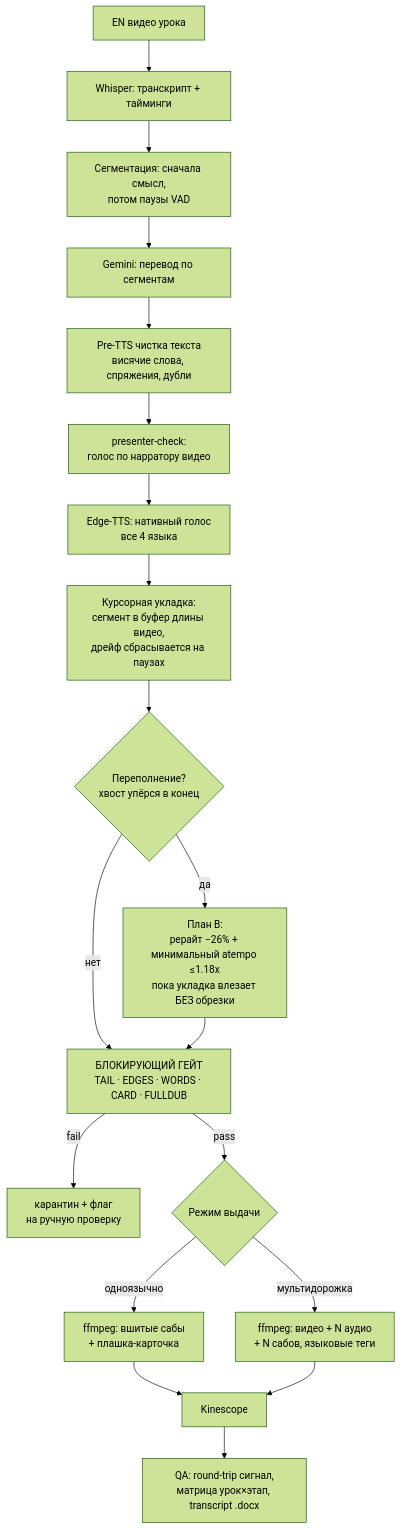
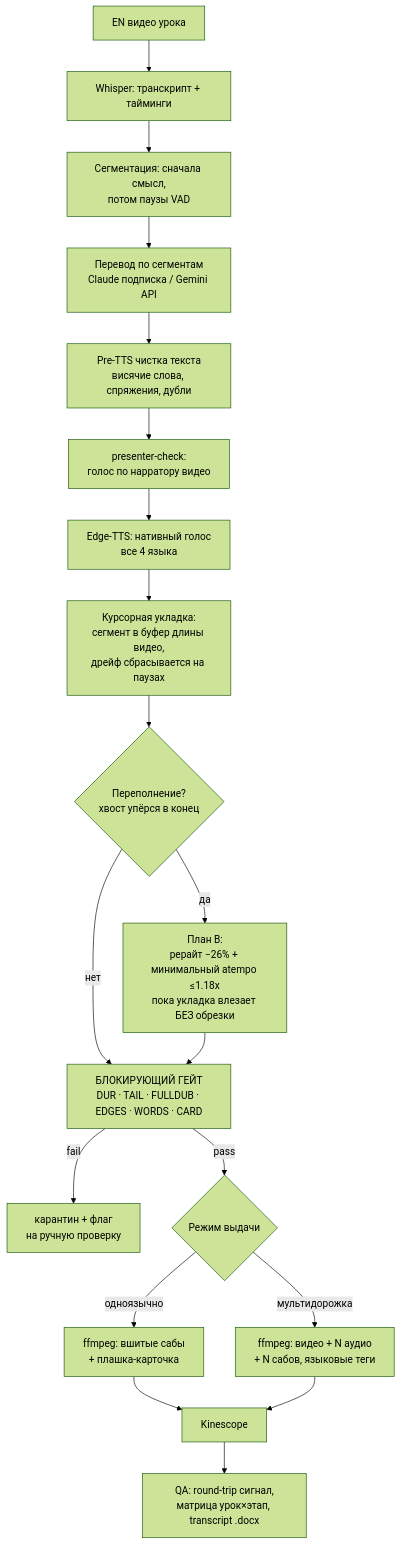
One commit to olgageliskhanova/automation-cases changed the diagram in 08-course-dubbing/README.md. Above: the diagram before and after it, drawn with Mermaid (forest theme). The commit also changed other lines of this file, not shown here.

Commit message:
08-course-dubbing: две схемы запуска (подписка Claude / Gemini API), Pro thinking-кэп 256, Groq QA + фолбэк, полный контур контроля качества

````diff
--- a/08-course-dubbing/README.md
+++ b/08-course-dubbing/README.md
@@ -34,21 +35,21 @@
 ```mermaid
 flowchart TB
   SRC[EN видео урока] --> ASR[Whisper: транскрипт + тайминги]
   ASR --> SEG[Сегментация: сначала смысл,<br/>потом паузы VAD]
-  SEG --> TR[Gemini: перевод по сегментам]
+  SEG --> TR[Перевод по сегментам<br/>Claude подписка / Gemini API]
   TR --> CLEAN[Pre-TTS чистка текста<br/>висячие слова, спряжения, дубли]
   CLEAN --> VOICE[presenter-check:<br/>голос по нарратору видео]
   VOICE --> TTS[Edge-TTS: нативный голос<br/>все 4 языка]
   TTS --> CURSOR[Курсорная укладка:<br/>сегмент в буфер длины видео,<br/>дрейф сбрасывается на паузах]
   CURSOR --> OVF{Переполнение?<br/>хвост упёрся в конец}
   OVF -->|да| PLANB[План B:<br/>рерайт −26% + минимальный atempo ≤1.18x<br/>пока укладка влезает БЕЗ обрезки]
   OVF -->|нет| GATE
-  PLANB --> GATE[БЛОКИРУЮЩИЙ ГЕЙТ<br/>TAIL · EDGES · WORDS · CARD · FULLDUB]
+  PLANB --> GATE[БЛОКИРУЮЩИЙ ГЕЙТ<br/>DUR · TAIL · FULLDUB · EDGES · WORDS · CARD]
   GATE -->|fail| QUAR[карантин + флаг<br/>на ручную проверку]
   GATE -->|pass| OUT{Режим выдачи}
   OUT -->|одноязычно| BURN[ffmpeg: вшитые сабы<br/>+ плашка-карточка]
   OUT -->|мультидорожка| MUX[ffmpeg: видео + N аудио<br/>+ N сабов, языковые теги]
   BURN --> KIN[Kinescope]
   MUX --> KIN
   KIN --> QA[QA: round-trip сигнал,<br/>матрица урок×этап, transcript .docx]
 ```
````
